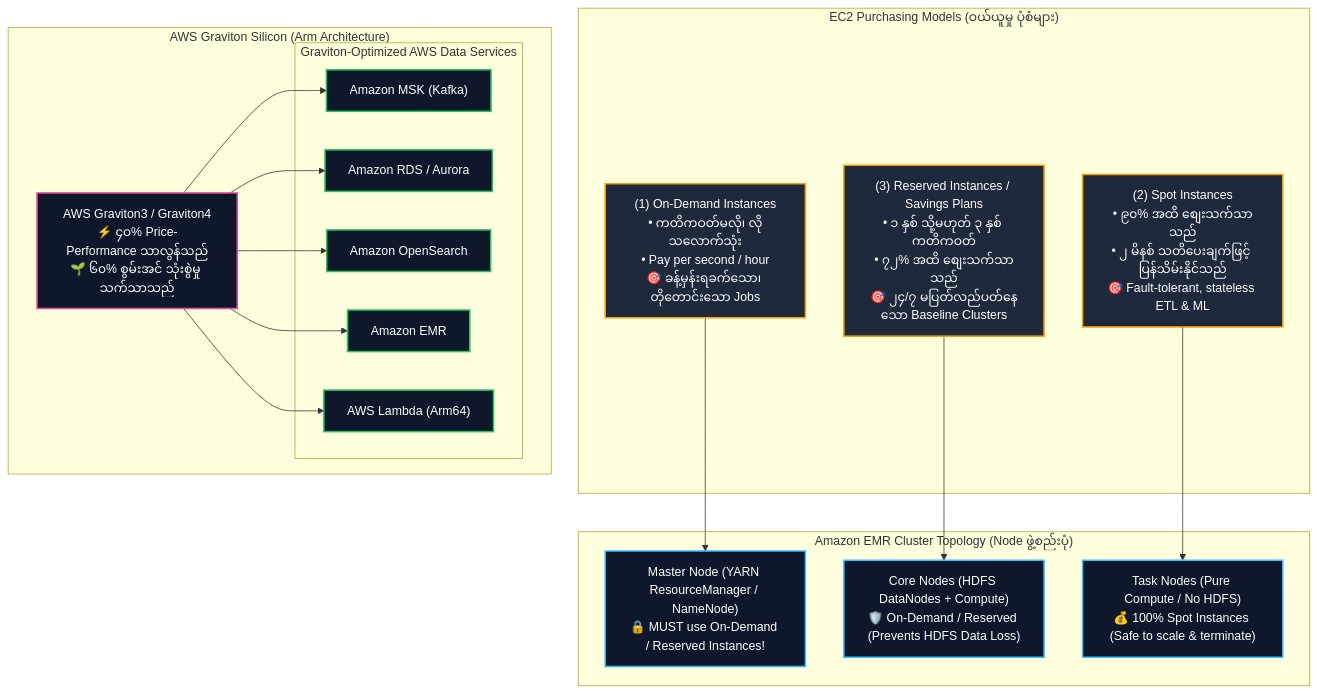
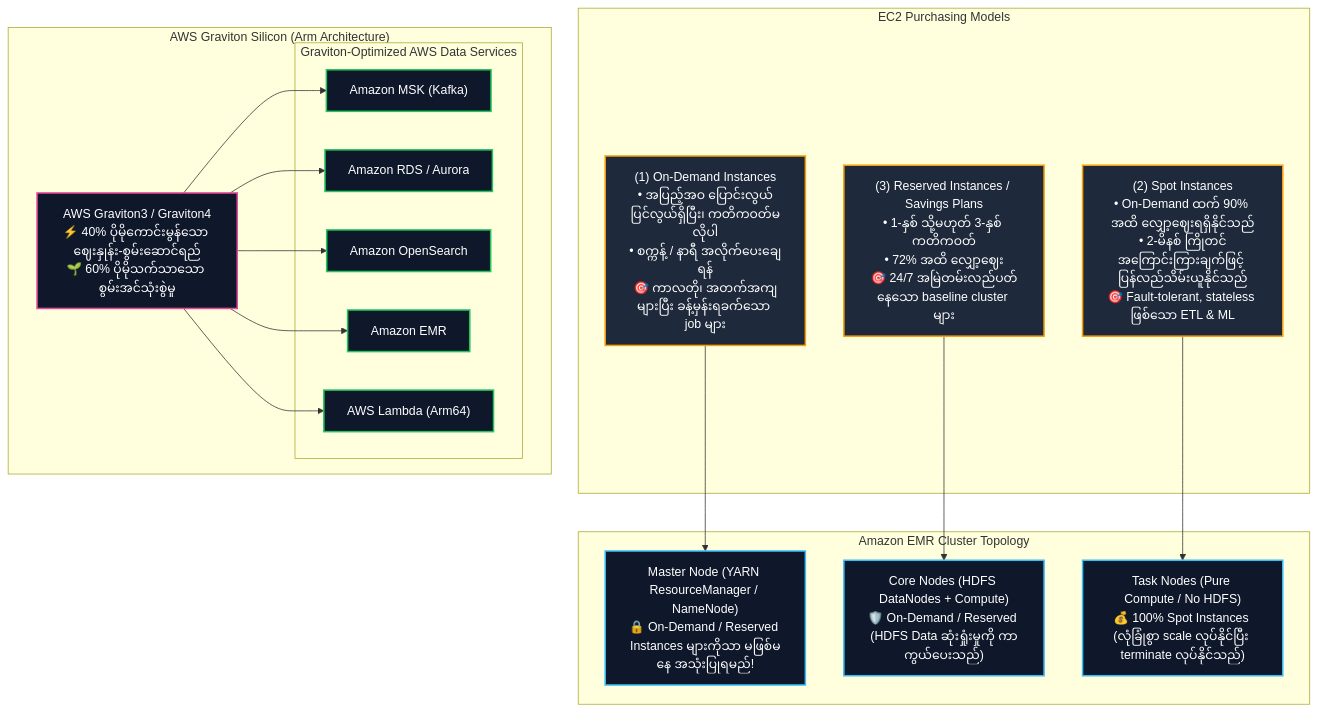
One commit to Wathon/aws-dea-c01-note changed the first of 4 diagrams in content/mm/02-services/compute-containers/ec2-and-graviton.md. Above: the diagram before and after it, drawn with Mermaid. The commit also changed other lines of this file and 41 other files, not shown here.

````diff
--- a/content/mm/02-services/compute-containers/ec2-and-graviton.md
+++ b/content/mm/02-services/compute-containers/ec2-and-graviton.md
@@ -32,46 +38,46 @@
 ```mermaid
 graph TB
-    subgraph PurchasingModels["EC2 Purchasing Models (ဝယ်ယူမှု ပုံစံများ)"]
-        OnDemand["(1) On-Demand Instances<br/>• ကတိကဝတ်မလို၊ လိုသလောက်သုံး<br/>• Pay per second / hour<br/>🎯 ခန့်မှန်းရခက်သော၊ တိုတောင်းသော Jobs"]
-        SpotInst["(2) Spot Instances<br/>• ၉၀% အထိ စျေးသက်သာသည်<br/>• ၂ မိနစ် သတိပေးချက်ဖြင့် ပြန်သိမ်းနိုင်သည်<br/>🎯 Fault-tolerant, stateless ETL & ML"]
-        SavingsPlans["(3) Reserved Instances / Savings Plans<br/>• ၁ နှစ် သို့မဟုတ် ၃ နှစ် ကတိကဝတ်<br/>• ၇၂% အထိ စျေးသက်သာသည်<br/>🎯 ၂၄/၇ မပြတ်လည်ပတ်နေသော Baseline Clusters"]
+    subgraph PurchasingModels["EC2 Purchasing Models"]
+        OnDemand["(1) On-Demand Instances<br/>• အပြည့်အဝ ပြောင်းလွယ်ပြင်လွယ်ရှိပြီး၊ ကတိကဝတ်မလိုပါ<br/>• စက္ကန့် / နာရီ အလိုက်ပေးချေရန်<br/>🎯 ကာလတို၊ အတက်အကျများပြီး ခန့်မှန်းရခက်သော job များ"]
+        SpotInst["(2) Spot Instances<br/>• On-Demand ထက် 90% အထိ လျှော့ဈေးရရှိနိုင်သည်<br/>• 2-မိနစ် ကြိုတင်အကြောင်းကြားချက်ဖြင့် ပြန်လည်သိမ်းယူနိုင်သည်<br/>🎯 Fault-tolerant, stateless ဖြစ်သော ETL & ML"]
+        SavingsPlans["(3) Reserved Instances / Savings Plans<br/>• 1-နှစ် သို့မဟုတ် 3-နှစ် ကတိကဝတ်<br/>• 72% အထိ လျှော့ဈေး<br/>🎯 24/7 အမြဲတမ်းလည်ပတ်နေသော baseline cluster များ"]
     end
 
-    subgraph EMRClusterMapping["Amazon EMR Cluster Topology (Node ဖွဲ့စည်းပုံ)"]
-        MasterNode["Master Node (YARN ResourceManager / NameNode)<br/>🔒 MUST use On-Demand / Reserved Instances!"]
-        CoreNode["Core Nodes (HDFS DataNodes + Compute)<br/>🛡️ On-Demand / Reserved (Prevents HDFS Data Loss)"]
-        TaskNode["Task Nodes (Pure Compute / No HDFS)<br/>💰 100% Spot Instances (Safe to scale & terminate)"]
+    subgraph EMRClusterMapping["Amazon EMR Cluster Topology"]
+        MasterNode["Master Node (YARN ResourceManager / NameNode)<br/>🔒 On-Demand / Reserved Instances များကိုသာ မဖြစ်မနေ အသုံးပြုရမည်!"]
+        CoreNode["Core Nodes (HDFS DataNodes + Compute)<br/>🛡️ On-Demand / Reserved (HDFS Data ဆုံးရှုံးမှုကို ကာကွယ်ပေးသည်)"]
+        TaskNode["Task Nodes (Pure Compute / No HDFS)<br/>💰 100% Spot Instances (လုံခြုံစွာ scale လုပ်နိုင်ပြီး terminate လုပ်နိုင်သည်)"]
     end
 
     subgraph GravitonSilicon["AWS Graviton Silicon (Arm Architecture)"]
-        GravitonChip["AWS Graviton3 / Graviton4<br/>⚡ ၄၀% Price-Performance သာလွန်သည်<br/>🌱 ၆၀% စွမ်းအင် သုံးစွဲမှု သက်သာသည်"]
+        GravitonChip["AWS Graviton3 / Graviton4<br/>⚡ 40% ပိုမိုကောင်းမွန်သော ဈေးနှုန်း-စွမ်းဆောင်ရည်<br/>🌱 60% ပိုမိုသက်သာသော စွမ်းအင်သုံးစွဲမှု"]
         
         subgraph ManagedServices["Graviton-Optimized AWS Data Services"]
             MSK["Amazon MSK (Kafka)"]
             RDS["Amazon RDS / Aurora"]
             OpenSearch["Amazon OpenSearch"]
             EMRGrav["Amazon EMR"]
             LambdaGrav["AWS Lambda (Arm64)"]
         end
     end
 
     OnDemand --> MasterNode
     SavingsPlans --> CoreNode
     SpotInst --> TaskNode
 
     GravitonChip --> MSK
     GravitonChip --> RDS
     GravitonChip --> OpenSearch
     GravitonChip --> EMRGrav
     GravitonChip --> LambdaGrav
 
     classDef buy fill:#1e293b,stroke:#f59e0b,stroke-width:2px,color:#fff;
     classDef emr fill:#0f172a,stroke:#38bdf8,stroke-width:2px,color:#fff;
     classDef chip fill:#0f172a,stroke:#ec4899,stroke-width:2px,color:#fff;
     classDef svc fill:#0f172a,stroke:#22c55e,stroke-width:2px,color:#fff;
 
     class OnDemand,SpotInst,SavingsPlans buy;
     class MasterNode,CoreNode,TaskNode emr;
     class GravitonChip chip;
     class MSK,RDS,OpenSearch,EMRGrav,LambdaGrav svc;
 ```
````
